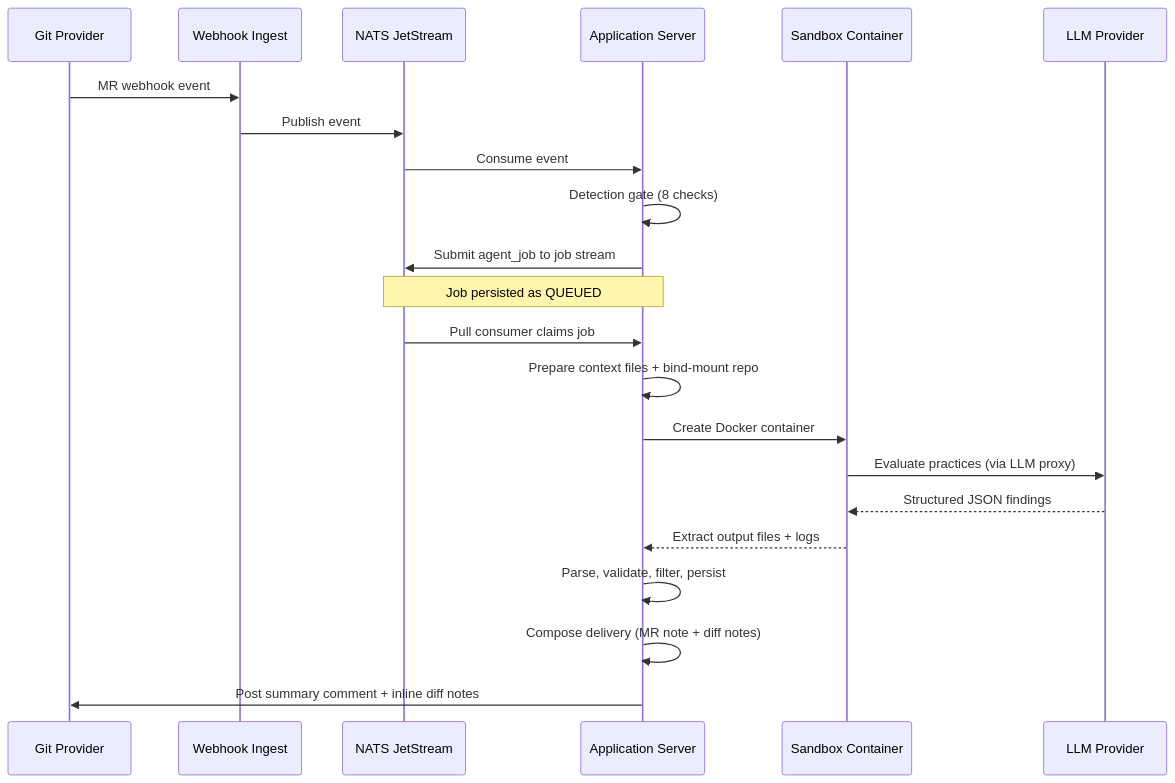
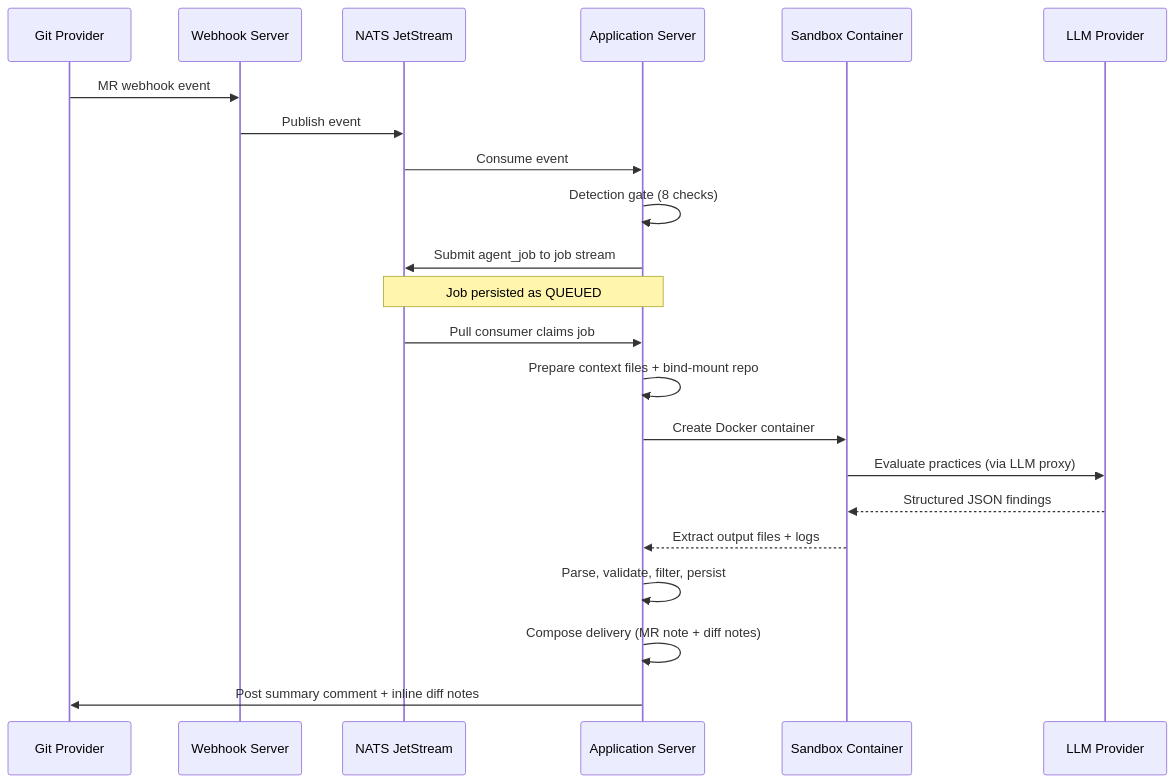
Before and after one commit to ls1intum/Hephaestus: the diagram in docs/contributor/ai-code-review.mdx, drawn with Mermaid. The commit also changed 132 other files, not shown here.

Commit message:
feat(server): Java webhook runtime role; restarts no longer drop events (#1300)

````diff
--- a/docs/contributor/ai-code-review.mdx
+++ b/docs/contributor/ai-code-review.mdx
@@ -12,25 +12,25 @@
 ```mermaid
 sequenceDiagram
     participant GL as Git Provider
-    participant WH as Webhook Ingest
+    participant WH as Webhook Server
     participant NATS as NATS JetStream
     participant AS as Application Server
     participant SB as Sandbox Container
     participant LLM as LLM Provider
 
     GL->>WH: MR webhook event
     WH->>NATS: Publish event
     NATS->>AS: Consume event
     AS->>AS: Detection gate (8 checks)
     AS->>NATS: Submit agent_job to job stream
     Note over AS,NATS: Job persisted as QUEUED
     NATS->>AS: Pull consumer claims job
     AS->>AS: Prepare context files + bind-mount repo
     AS->>SB: Create Docker container
     SB->>LLM: Evaluate practices (via LLM proxy)
     LLM-->>SB: Structured JSON findings
     SB-->>AS: Extract output files + logs
     AS->>AS: Parse, validate, filter, persist
     AS->>AS: Compose delivery (MR note + diff notes)
     AS->>GL: Post summary comment + inline diff notes
 ```
````
